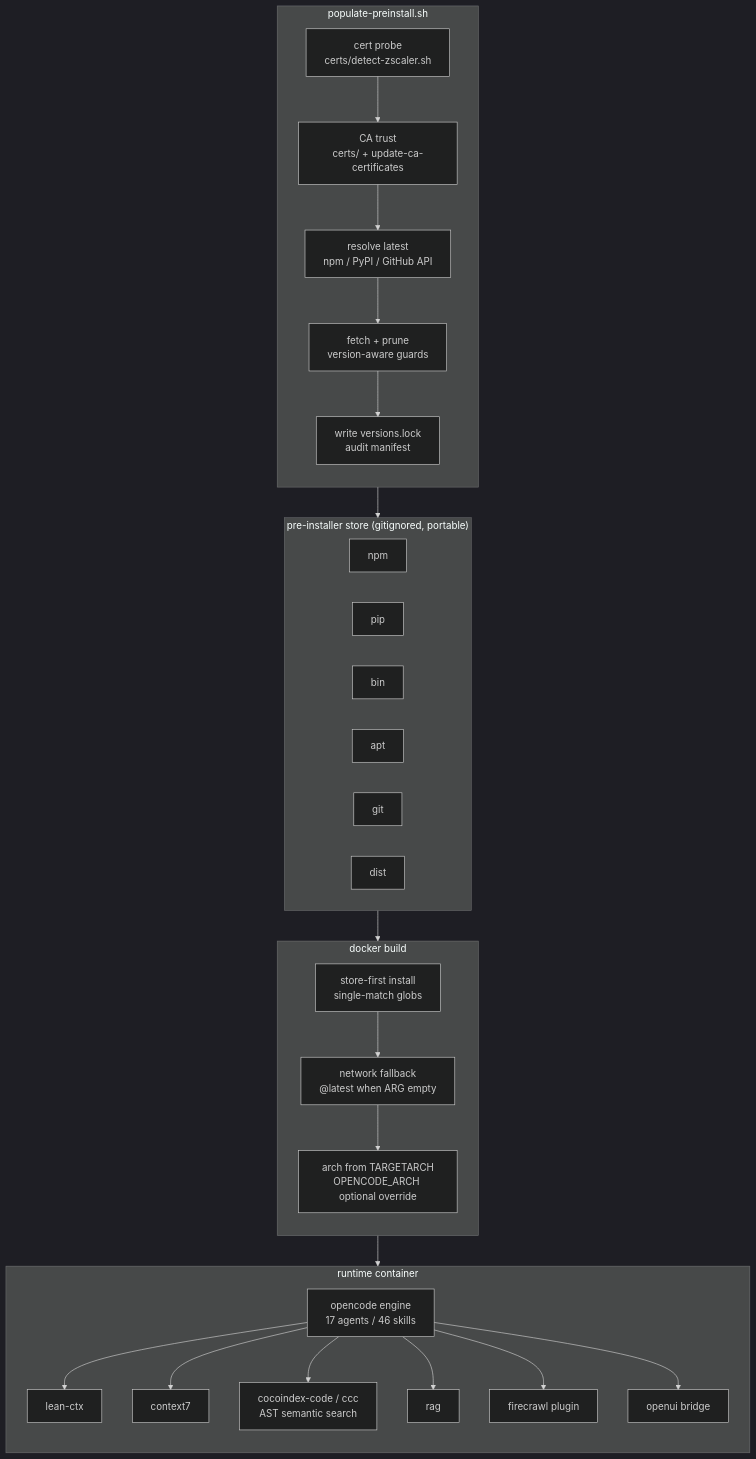
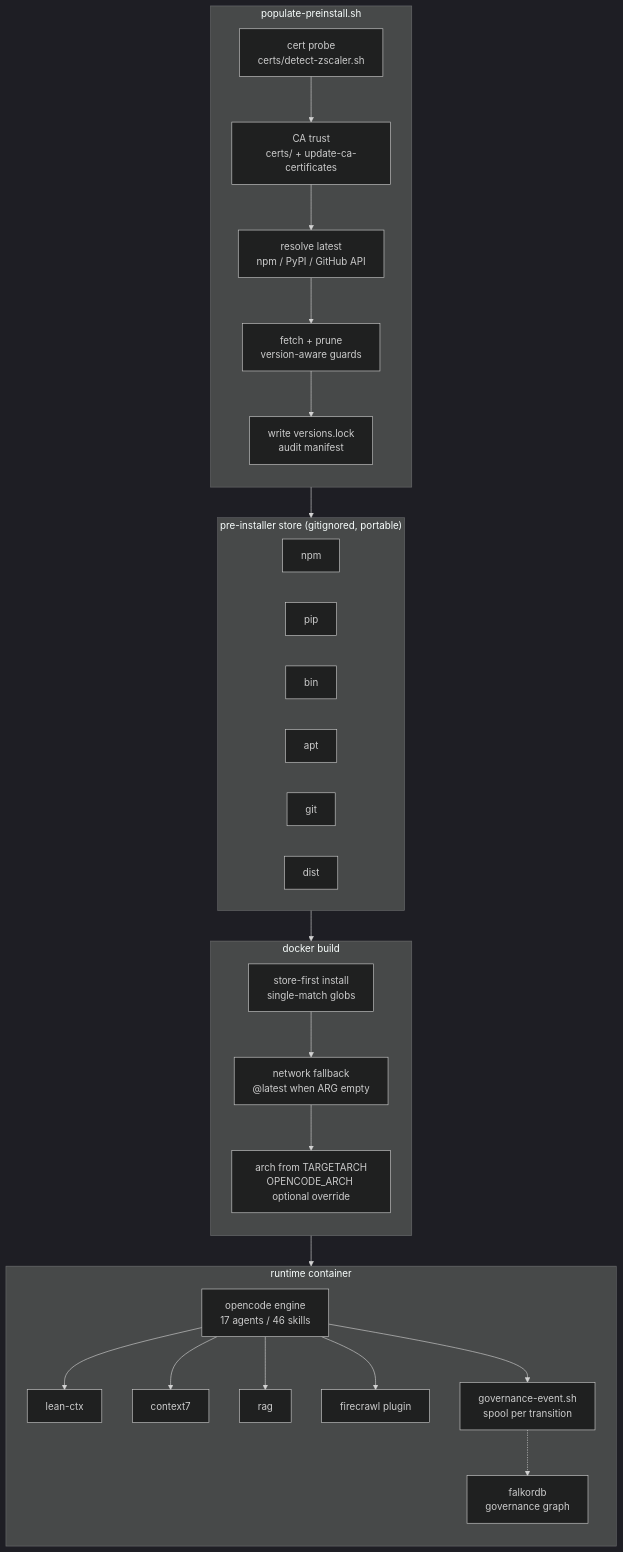
The first of 2 diagrams in workspace/agents/opencode/docs/opencode-workflow.md (RizkiRachman/utility), drawn with Mermaid (dark theme) before and after one commit. The commit also changed 28 other files, not shown here.

````diff
--- a/workspace/agents/opencode/docs/opencode-workflow.md
+++ b/workspace/agents/opencode/docs/opencode-workflow.md
@@ -10,41 +10,41 @@
 ```mermaid
 flowchart TB
     subgraph POP["populate-preinstall.sh"]
         direction TB
         P1["cert probe<br/>certs/detect-zscaler.sh"] --> P2["CA trust<br/>certs/ + update-ca-certificates"]
         P2 --> P3["resolve latest<br/>npm / PyPI / GitHub API"]
         P3 --> P4["fetch + prune<br/>version-aware guards"]
         P4 --> P5["write versions.lock<br/>audit manifest"]
     end
 
     subgraph STORE["pre-installer store (gitignored, portable)"]
         direction LR
         S1["npm"]
         S2["pip"]
         S3["bin"]
         S4["apt"]
         S5["git"]
         S6["dist"]
     end
 
     subgraph BUILD["docker build"]
         direction TB
         B1["store-first install<br/>single-match globs"] --> B2["network fallback<br/>@latest when ARG empty"]
         B2 --> B3["arch from TARGETARCH<br/>OPENCODE_ARCH optional override"]
     end
 
     subgraph RUN["runtime container"]
         direction TB
         R1["opencode engine<br/>17 agents / 46 skills"]
         R1 --> R2["lean-ctx"]
         R1 --> R3["context7"]
-        R1 --> R4["cocoindex-code / ccc<br/>AST semantic search"]
-        R1 --> R5["rag"]
-        R1 --> R6["firecrawl plugin"]
-        R1 --> R7["openui bridge"]
+        R1 --> R4["rag"]
+        R1 --> R5["firecrawl plugin"]
+        R1 --> EV["governance-event.sh<br/>spool per transition"]
+        EV -.-> FK["falkordb<br/>governance graph"]
     end
 
     P5 --> S1
     STORE --> B1
     B3 --> R1
 ```
````
